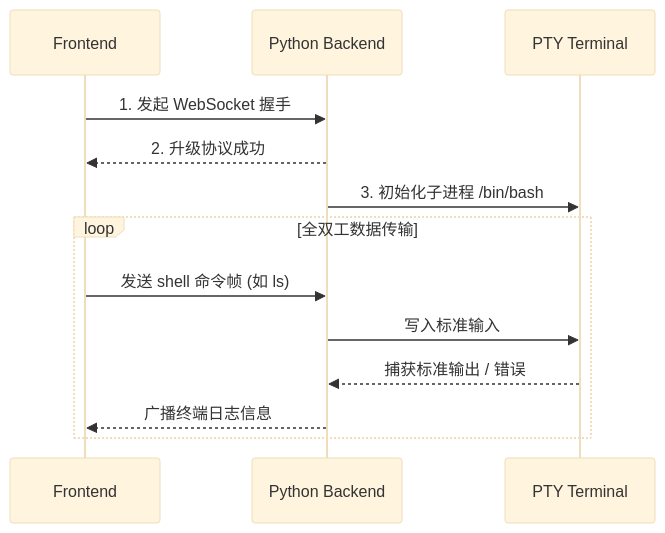
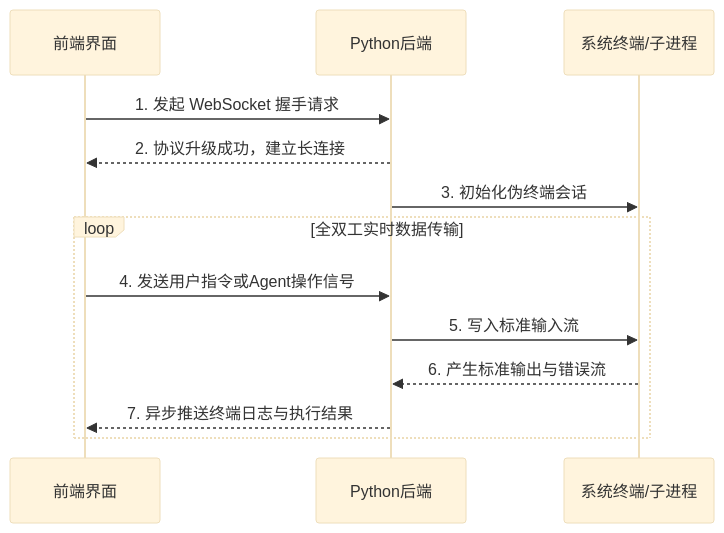
The third of 10 diagrams in Paper-2.md (liusongqin/Agent-Playground-Paper), drawn with Mermaid (base theme) before and after one commit.

````diff
--- a/Paper-2.md
+++ b/Paper-2.md
@@ -107,15 +107,15 @@
 ```mermaid
 sequenceDiagram
-    participant Frontend
-    participant Python Backend 
-    participant PTY Terminal
-    Frontend->>Python Backend: 1. 发起 WebSocket 握手
-    Python Backend-->>Frontend: 2. 升级协议成功
-    Python Backend->>PTY Terminal: 3. 初始化子进程 /bin/bash
-    loop 全双工数据传输
-        Frontend->>Python Backend: 发送 shell 命令帧 (如 ls)
-        Python Backend->>PTY Terminal: 写入标准输入
-        PTY Terminal-->>Python Backend: 捕获标准输出 / 错误
-        Python Backend-->>Frontend: 广播终端日志信息
+    participant Frontend as 前端界面
+    participant Backend as Python后端
+    participant PTY as 系统终端/子进程
+    Frontend->>Backend: 1. 发起 WebSocket 握手请求
+    Backend-->>Frontend: 2. 协议升级成功，建立长连接
+    Backend->>PTY: 3. 初始化伪终端会话
+    loop 全双工实时数据传输
+        Frontend->>Backend: 4. 发送用户指令或Agent操作信号
+        Backend->>PTY: 5. 写入标准输入流
+        PTY-->>Backend: 6. 产生标准输出与错误流
+        Backend-->>Frontend: 7. 异步推送终端日志与执行结果
     end
 ```
````
